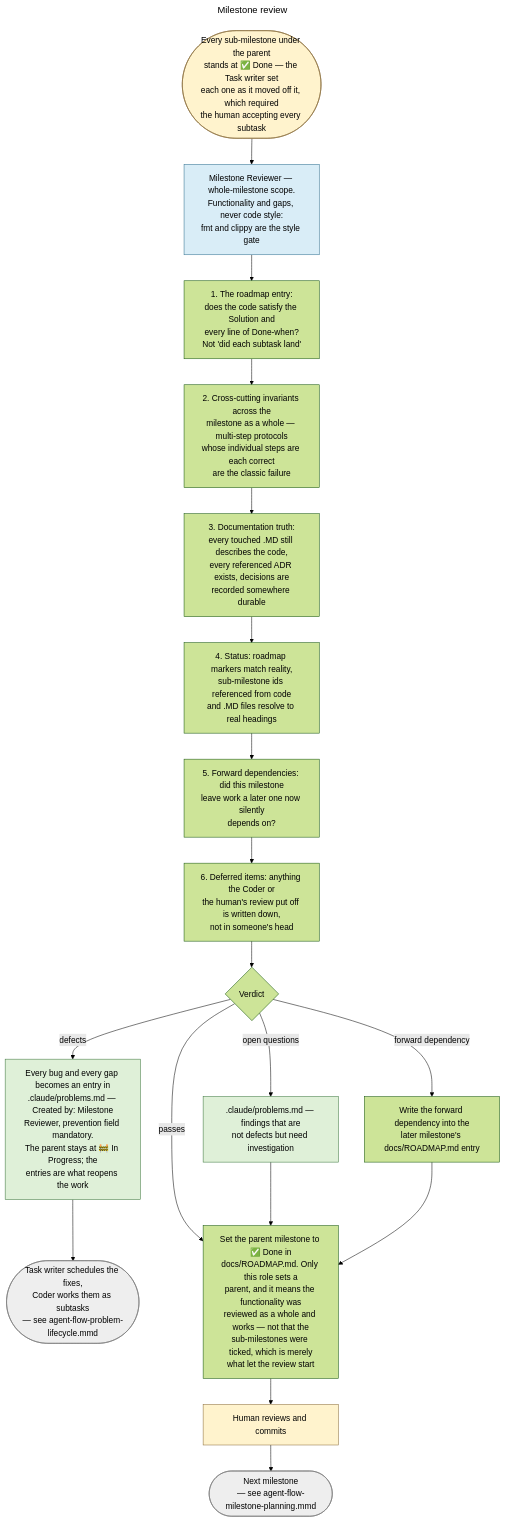
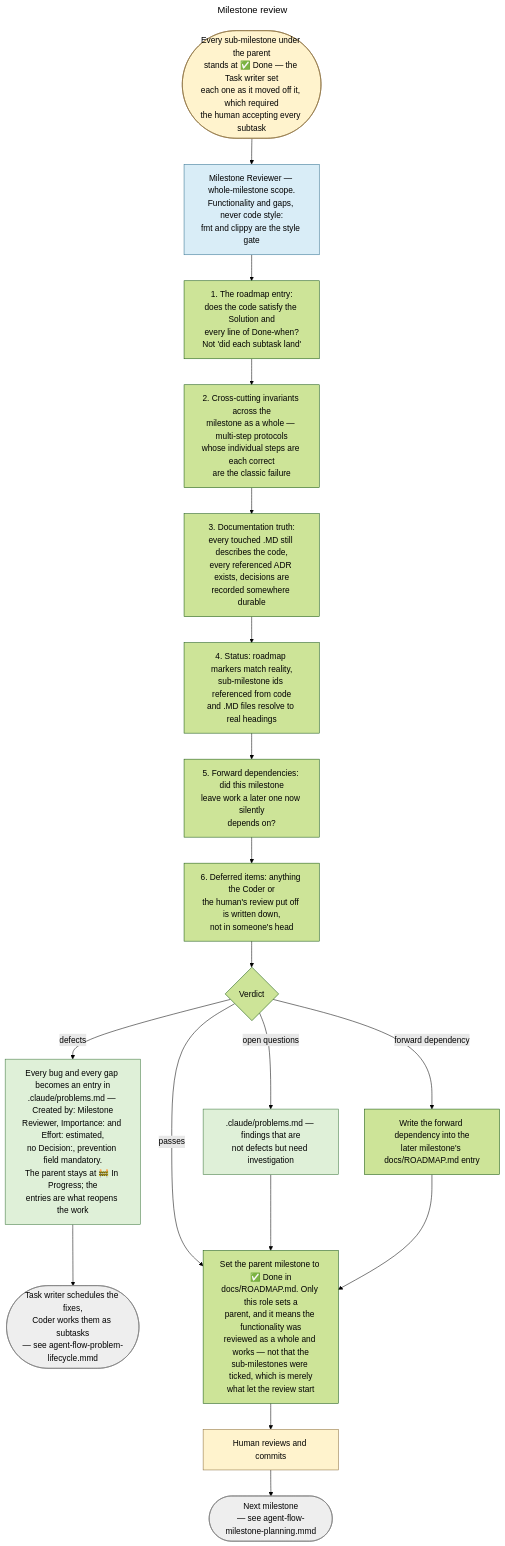
One commit to Dmitriy-G/simple_rdbms changed the diagram in docs/diagrams/agent-flow-milestone-review.mmd. Above: the diagram before and after it, drawn with Mermaid (forest theme). The commit also changed 11 other files, not shown here.

Commit message:
Change agents flow

```diff
--- a/docs/diagrams/agent-flow-milestone-review.mmd
+++ b/docs/diagrams/agent-flow-milestone-review.mmd
@@ -1,36 +1,36 @@
 ---
 title: Milestone review
 ---
 flowchart TD
     classDef human fill:#fff3cd,stroke:#8a6d3b,color:#000
     classDef role fill:#d9edf7,stroke:#31708f,color:#000
     classDef channel fill:#dff0d8,stroke:#3c763d,color:#000
     classDef stop fill:#eeeeee,stroke:#777,color:#000
 
     START(["Every sub-milestone under the parent<br/>stands at ✅ Done — the Task writer set<br/>each one as it moved off it, which required<br/>the human accepting every subtask"]):::human
     MR["Milestone Reviewer — whole-milestone scope.<br/>Functionality and gaps, never code style:<br/>fmt and clippy are the style gate"]:::role
 
     C1["1. The roadmap entry:<br/>does the code satisfy the Solution and<br/>every line of Done-when?<br/>Not 'did each subtask land'"]
     C2["2. Cross-cutting invariants across the<br/>milestone as a whole — multi-step protocols<br/>whose individual steps are each correct<br/>are the classic failure"]
     C3["3. Documentation truth:<br/>every touched .MD still describes the code,<br/>every referenced ADR exists, decisions are<br/>recorded somewhere durable"]
     C4["4. Status: roadmap markers match reality,<br/>sub-milestone ids referenced from code<br/>and .MD files resolve to real headings"]
     C5["5. Forward dependencies: did this milestone<br/>leave work a later one now silently<br/>depends on?"]
     C6["6. Deferred items: anything the Coder or<br/>the human's review put off is written down,<br/>not in someone's head"]
 
     VERDICT{"Verdict"}
-    BUGS["Every bug and every gap becomes an entry in<br/>.claude/problems.md — Created by: Milestone<br/>Reviewer, prevention field mandatory.<br/>The parent stays at 🚧 In Progress; the<br/>entries are what reopens the work"]:::channel
+    BUGS["Every bug and every gap becomes an entry in<br/>.claude/problems.md — Created by: Milestone<br/>Reviewer, Importance: and Effort: estimated,<br/>no Decision:, prevention field mandatory.<br/>The parent stays at 🚧 In Progress; the<br/>entries are what reopens the work"]:::channel
     PROB[".claude/problems.md — findings that are<br/>not defects but need investigation"]:::channel
     FWD["Write the forward dependency into the<br/>later milestone's docs/ROADMAP.md entry"]
 
     LOOP(["Task writer schedules the fixes,<br/>Coder works them as subtasks<br/>— see agent-flow-problem-lifecycle.mmd"]):::stop
     DONE["Set the parent milestone to ✅ Done in<br/>docs/ROADMAP.md. Only this role sets a<br/>parent, and it means the functionality was<br/>reviewed as a whole and works — not that the<br/>sub-milestones were ticked, which is merely<br/>what let the review start"]
     HUMAN["Human reviews and commits"]:::human
     NEXT(["Next milestone<br/>— see agent-flow-milestone-planning.mmd"]):::stop
 
     START --> MR --> C1 --> C2 --> C3 --> C4 --> C5 --> C6 --> VERDICT
     VERDICT -- "defects" --> BUGS --> LOOP
     VERDICT -- "open questions" --> PROB
     VERDICT -- "forward dependency" --> FWD
     VERDICT -- "passes" --> DONE --> HUMAN --> NEXT
     PROB --> DONE
     FWD --> DONE
```
